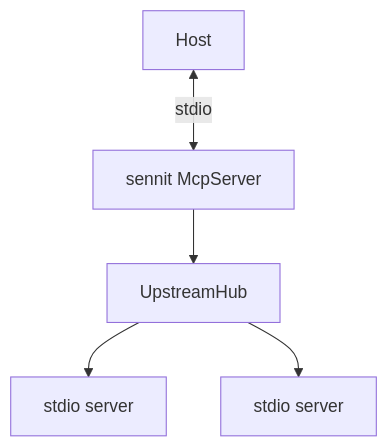
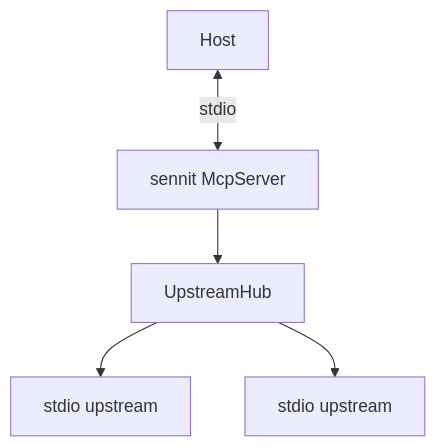
Before and after one commit to Alphabetsoup16/sennit: the diagram in src/aggregator/README.md, drawn with Mermaid. The commit also changed other lines of this file and 77 other files, not shown here.

````diff
--- a/src/aggregator/README.md
+++ b/src/aggregator/README.md
@@ -5,10 +5,10 @@
 ```mermaid
 flowchart TB
   host[Host]
   sennit[sennit McpServer]
   hub[UpstreamHub]
   host <-->|stdio| sennit
   sennit --> hub
-  hub --> u1[stdio server]
-  hub --> u2[stdio server]
+  hub --> u1[stdio upstream]
+  hub --> u2[stdio upstream]
 ```
````
